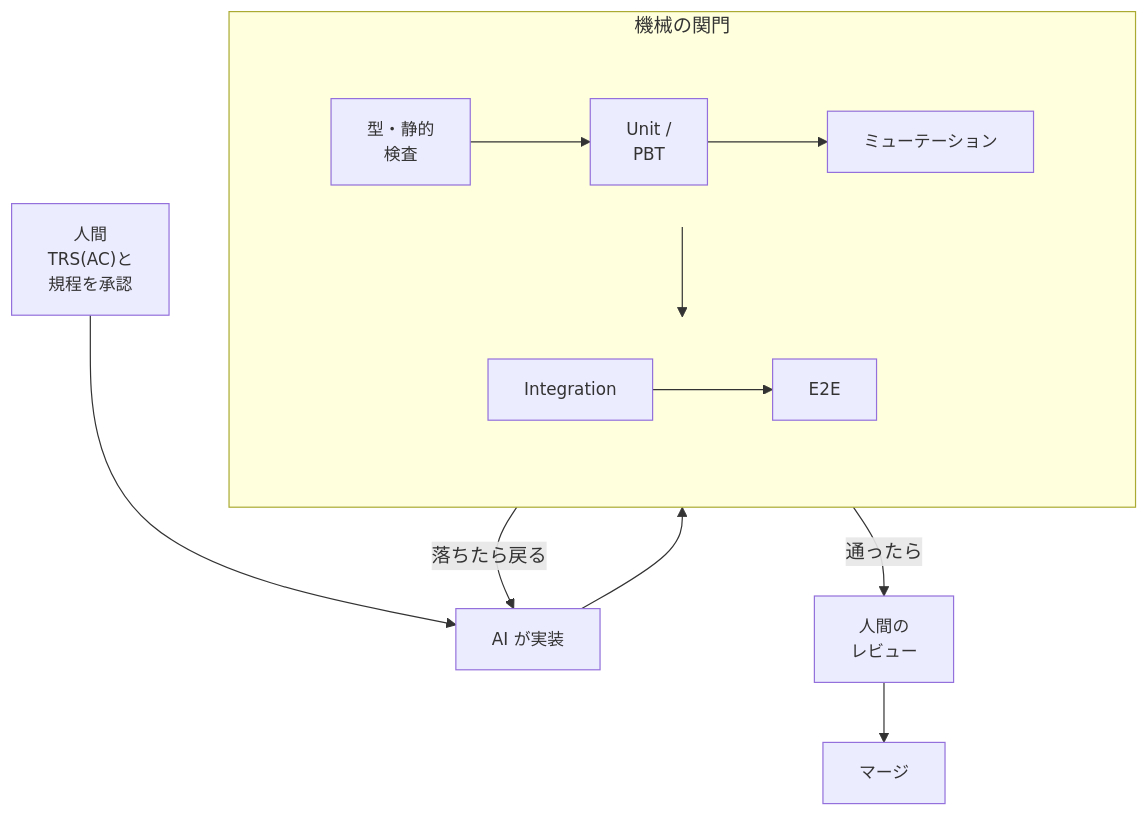
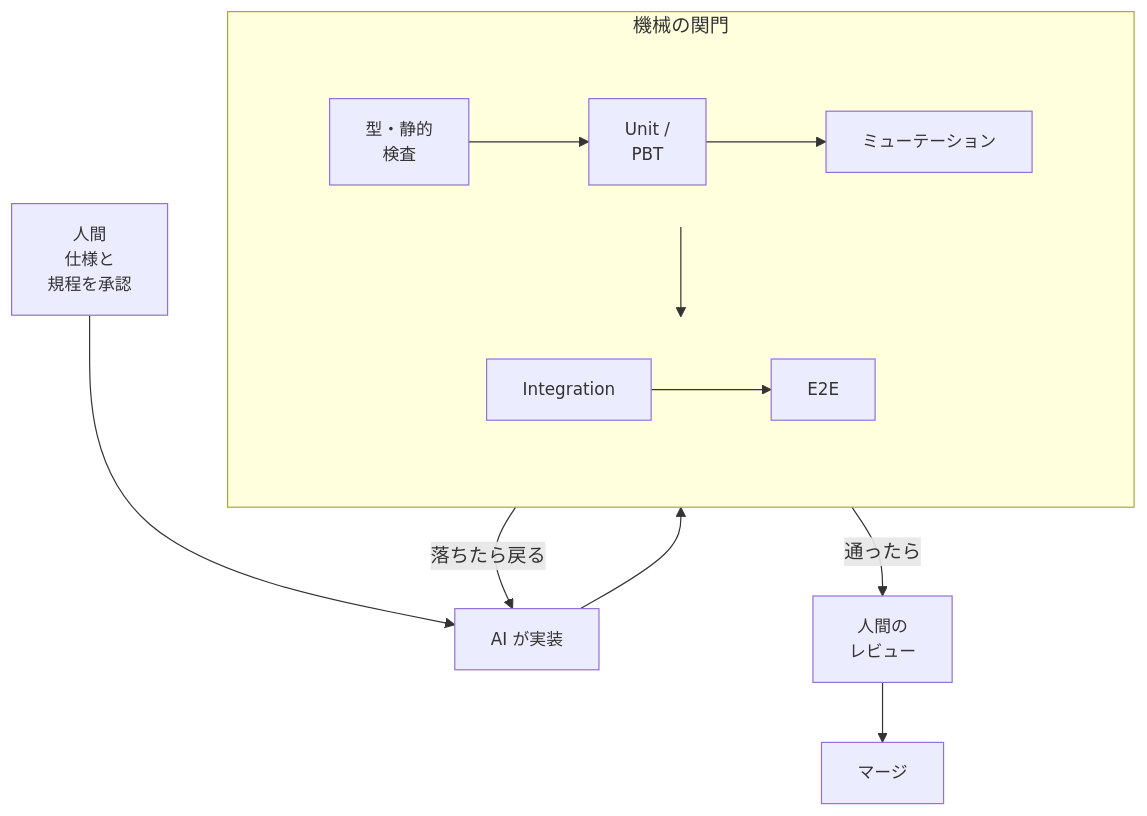
The first of 3 diagrams in README.md (toshio-shiratori/harness-test-strategy), drawn with Mermaid before and after one commit. The commit also changed other lines of this file and 8 other files, not shown here.

````diff
--- a/README.md
+++ b/README.md
@@ -15,22 +15,22 @@
 ```mermaid
 flowchart TB
-  H["人間<br/>TRS(AC)と<br/>規程を承認"] --> A["AI が実装"]
+  H["人間<br/>仕様と<br/>規程を承認"] --> A["AI が実装"]
   subgraph GATES["機械の関門"]
     direction TB
     subgraph ROW1[" "]
       direction LR
       G1["型・静的<br/>検査"] --> G2["Unit /<br/>PBT"] --> G3["ミューテーション"]
     end
     subgraph ROW2[" "]
       direction LR
       G4["Integration"] --> G5["E2E"]
     end
     ROW1 --> ROW2
   end
   A --> GATES
   GATES -- "落ちたら戻る" --> A
   GATES -- "通ったら" --> R["人間の<br/>レビュー"] --> M["マージ"]
   style ROW1 fill:none,stroke:none
   style ROW2 fill:none,stroke:none
   classDef default font-size:14px
 ```
````
